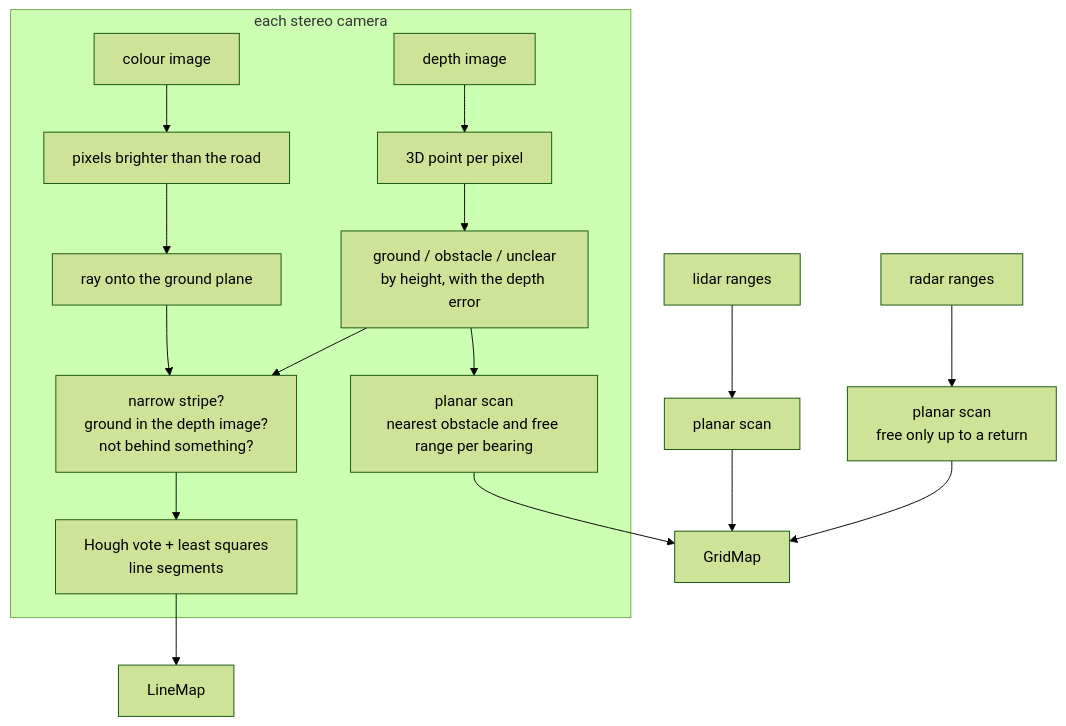
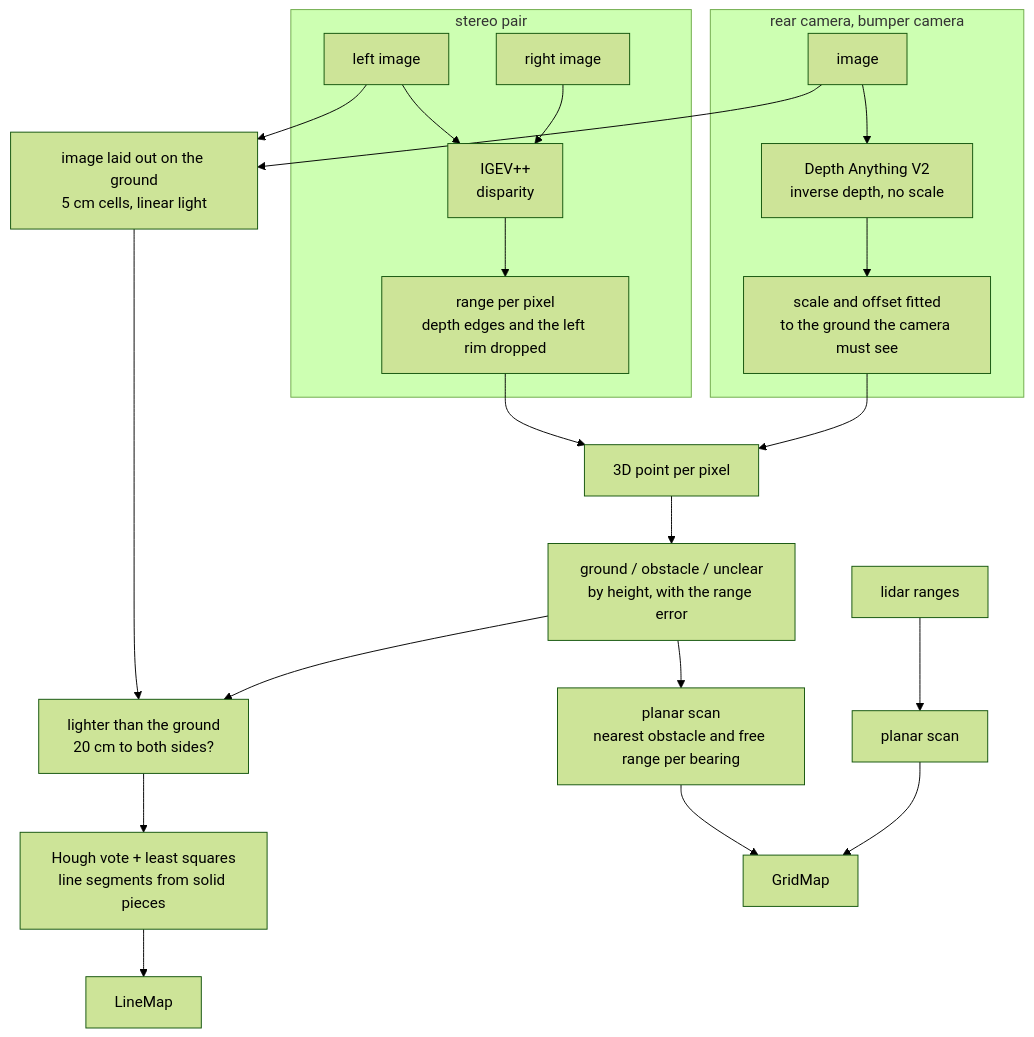
One commit to ksha23/chrono-parking changed the diagram in docs/sensors.md. Above: the diagram before and after it, drawn with Mermaid (forest theme). The commit also changed other lines of this file and 17 other files, not shown here.

First line of the commit message:
Realistic sensor rig: stereo depth from IGEV++, no depth camera

````diff
--- a/docs/sensors.md
+++ b/docs/sensors.md
@@ -83,19 +167,25 @@
 ```mermaid
 flowchart TB
-    subgraph Camera["each stereo camera"]
-        D["depth image"] --> P3["3D point per pixel"]
-        P3 --> CL["ground / obstacle / unclear<br/>by height, with the depth error"]
-        CL --> SC["planar scan<br/>nearest obstacle and free range per bearing"]
-        RGB["colour image"] --> BR["pixels brighter than the road"]
-        BR --> IPM["ray onto the ground plane"]
-        IPM --> ST["narrow stripe?<br/>ground in the depth image?<br/>not behind something?"]
-        CL --> ST
-        ST --> HG["Hough vote + least squares<br/>line segments"]
+    subgraph Front["stereo pair"]
+        L["left image"] --> IG["IGEV++<br/>disparity"]
+        R["right image"] --> IG
+        IG --> DZ["range per pixel<br/>depth edges and the left rim dropped"]
     end
-    L["lidar ranges"] --> SCL["planar scan"]
-    R["radar ranges"] --> SCR["planar scan<br/>free only up to a return"]
+    subgraph Single["rear camera, bumper camera"]
+        M["image"] --> DA["Depth Anything V2<br/>inverse depth, no scale"]
+        DA --> AN["scale and offset fitted<br/>to the ground the camera must see"]
+    end
+    DZ --> P3["3D point per pixel"]
+    AN --> P3
+    P3 --> CL["ground / obstacle / unclear<br/>by height, with the range error"]
+    CL --> SC["planar scan<br/>nearest obstacle and free range per bearing"]
+    L --> BEV["image laid out on the ground<br/>5 cm cells, linear light"]
+    M --> BEV
+    BEV --> RG["lighter than the ground<br/>20 cm to both sides?"]
+    CL --> RG
+    RG --> HG["Hough vote + least squares<br/>line segments from solid pieces"]
+    LI["lidar ranges"] --> SCL["planar scan"]
     SC --> G["GridMap"]
     SCL --> G
-    SCR --> G
     HG --> LM["LineMap"]
 ```
````
